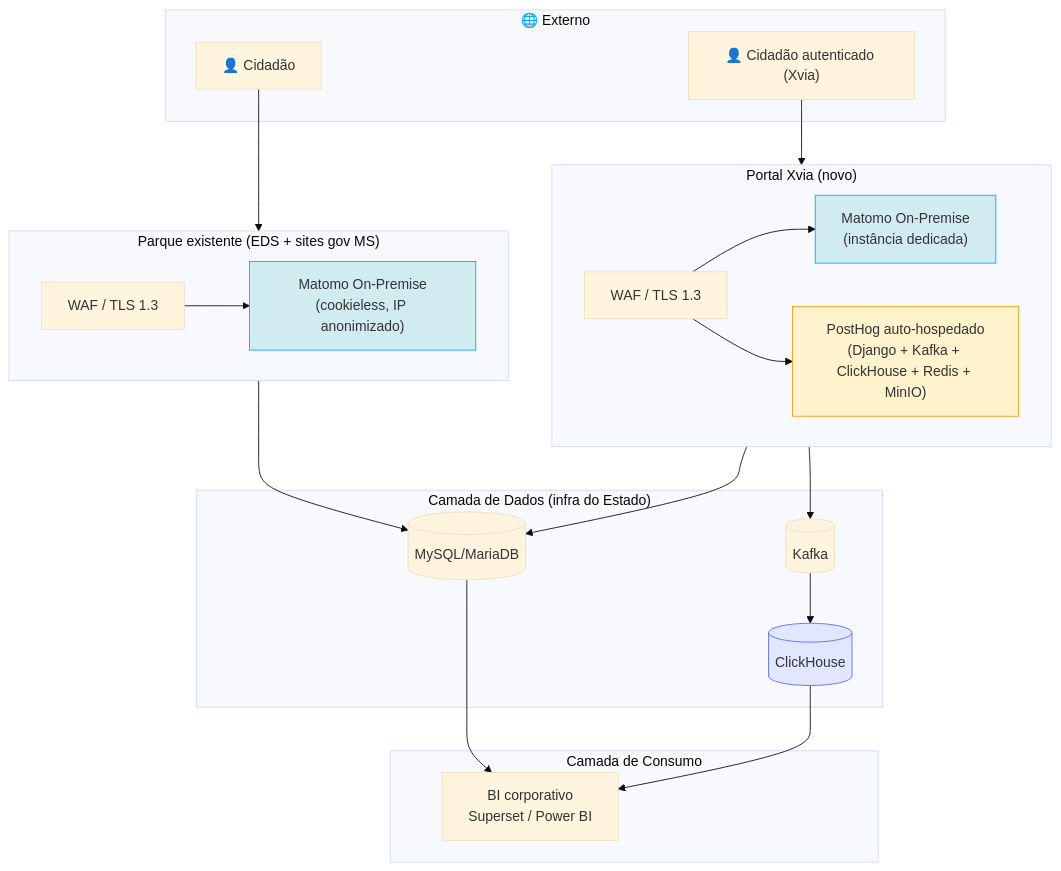
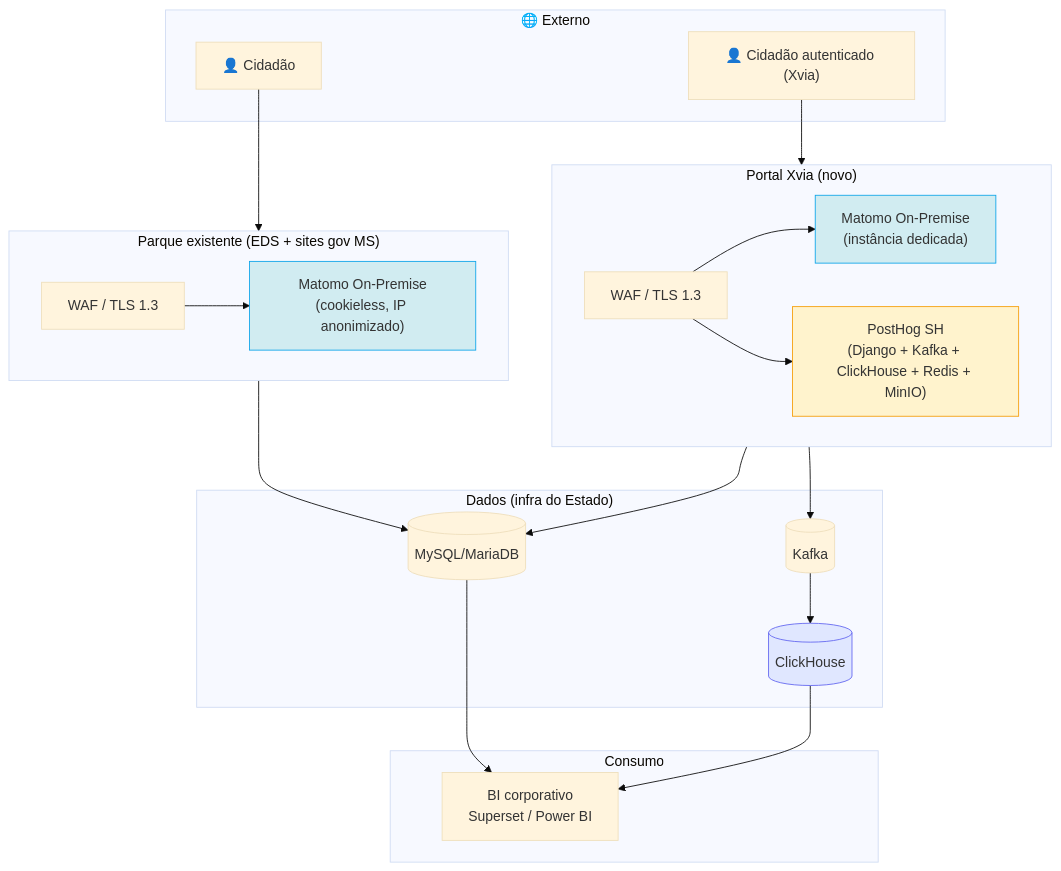
Before and after one commit to fabioramos-02/tradeoff-analytics: the second of 2 diagrams in docs/06-adr-002.md, drawn with Mermaid (base theme). The commit also changed other lines of this file and 23 other files, not shown here.

Commit message:
feat: establish analytics architecture documentation including ADR-002 and supporting comparative studies

````diff
--- a/docs/06-adr-002.md
+++ b/docs/06-adr-002.md
@@ -222,43 +204,43 @@
 ```mermaid
 flowchart TB
     subgraph EXT["🌐 Externo"]
         CID["👤 Cidadão"]
         CID_X["👤 Cidadão autenticado (Xvia)"]
     end
 
     subgraph PARQUE["Parque existente (EDS + sites gov MS)"]
         direction LR
         WAF1["WAF / TLS 1.3"]
         MTM["Matomo On-Premise<br/>(cookieless, IP anonimizado)"]
     end
 
     subgraph XVIA["Portal Xvia (novo)"]
         direction LR
         WAF2["WAF / TLS 1.3"]
         MTM_X["Matomo On-Premise<br/>(instância dedicada)"]
-        PH["PostHog auto-hospedado<br/>(Django + Kafka + ClickHouse + Redis + MinIO)"]
+        PH["PostHog SH<br/>(Django + Kafka + ClickHouse + Redis + MinIO)"]
     end
 
-    subgraph DADOS["Camada de Dados (infra do Estado)"]
+    subgraph DADOS["Dados (infra do Estado)"]
         DBP[("MySQL/MariaDB")]
         CH[("ClickHouse")]
         KAFKA[("Kafka")]
     end
 
-    subgraph CONSUMO["Camada de Consumo"]
+    subgraph CONSUMO["Consumo"]
         BI["BI corporativo<br/>Superset / Power BI"]
     end
 
     CID --> WAF1 --> MTM --> DBP
     CID_X --> WAF2
     WAF2 --> MTM_X --> DBP
     WAF2 --> PH
     PH --> KAFKA --> CH
     DBP --> BI
     CH --> BI
 
     style MTM fill:#d1ecf1,stroke:#0ea5e9
     style MTM_X fill:#d1ecf1,stroke:#0ea5e9
     style PH fill:#fff3cd,stroke:#f59e0b
     style CH fill:#e0e7ff,stroke:#6366f1
 ```
````
